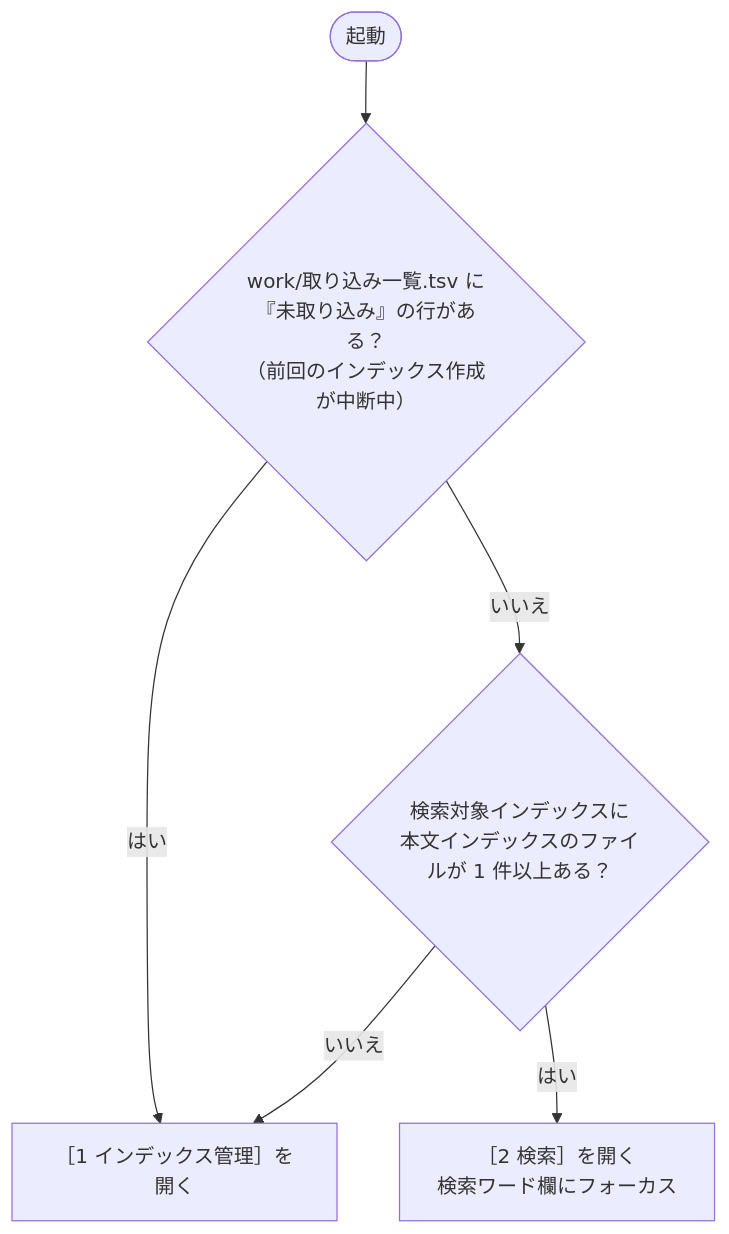
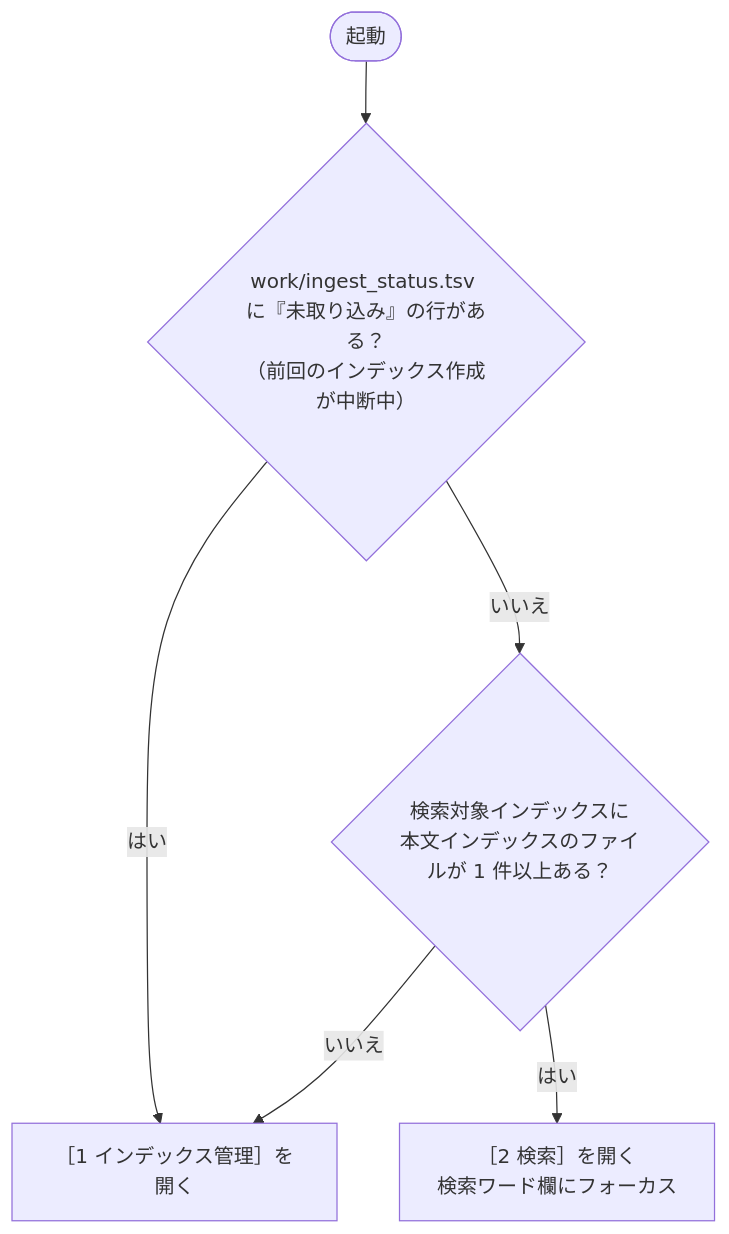
Before and after one commit to hsgwa/tebunko: the second of 2 diagrams in docs/design/gui/index.md, drawn with Mermaid. The commit also changed 38 other files, not shown here.

````diff
--- a/docs/design/gui/index.md
+++ b/docs/design/gui/index.md
@@ -109,8 +109,8 @@
 ```mermaid
 flowchart TD
-    S(["起動"]) --> A{"work/取り込み一覧.tsv に『未取り込み』の行がある？<br>（前回のインデックス作成が中断中）"}
+    S(["起動"]) --> A{"work/ingest_status.tsv に『未取り込み』の行がある？<br>（前回のインデックス作成が中断中）"}
     A -- はい --> T1["［1 インデックス管理］を開く"]
     A -- いいえ --> B{"検索対象インデックスに<br>本文インデックスのファイルが 1 件以上ある？"}
     B -- いいえ --> T1
     B -- はい --> T2["［2 検索］を開く<br>検索ワード欄にフォーカス"]
 ```
````
